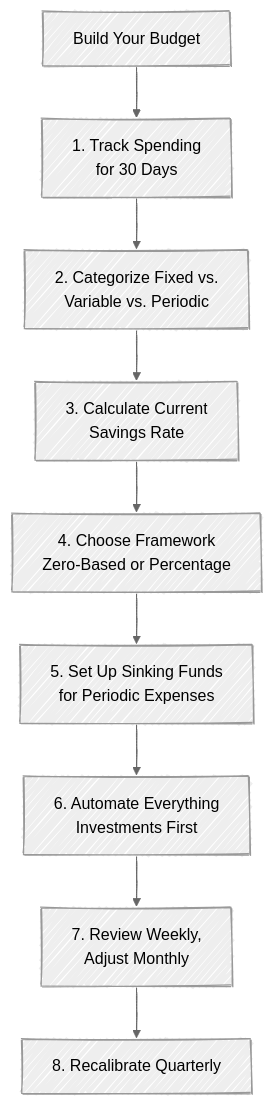
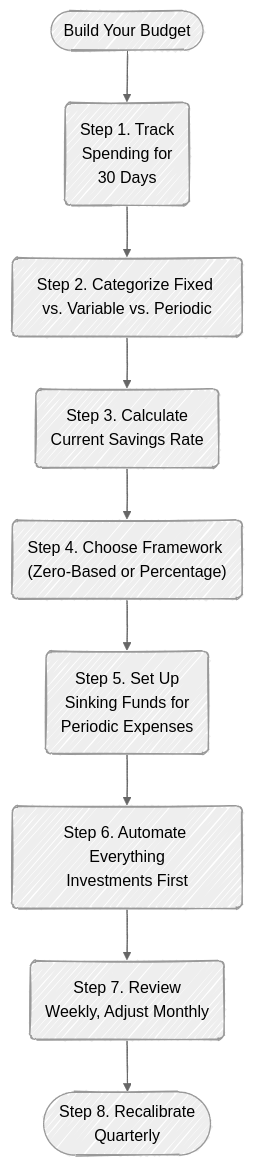
The sixth of 6 diagrams in budgeting.qmd (mjfrigaard/fm-finance), drawn with Mermaid before and after one commit. The commit also changed other lines of this file and 8 other files, not shown here.

````diff
--- a/budgeting.qmd
+++ b/budgeting.qmd
@@ -459,15 +634,15 @@
 ```{mermaid}
 %%| fig-cap: 'Put It All Together'
 %%| fig-align: center
 %%{init: {'theme': 'neutral', 'look': 'handDrawn', 'themeVariables': { 'fontFamily': 'monospace', "fontSize":"16px"}}}%%
 
 flowchart TD
-    Start[Build Your Budget] --> Step1[1. Track Spending<br/>for 30 Days]
-    Step1 --> Step2[2. Categorize Fixed vs.<br/>Variable vs. Periodic]
-    Step2 --> Step3[3. Calculate Current<br/>Savings Rate]
-    Step3 --> Step4[4. Choose Framework<br/>Zero-Based or Percentage]
-    Step4 --> Step5[5. Set Up Sinking Funds<br/>for Periodic Expenses]
-    Step5 --> Step6[6. Automate Everything<br/>Investments First]
-    Step6 --> Step7[7. Review Weekly,<br/>Adjust Monthly]
-    Step7 --> Step8[8. Recalibrate Quarterly]
+    Start(["Build Your Budget"]) --> Step1("Step 1. Track<br>Spending for<br>30 Days")
+    Step1 --> Step2("Step 2. Categorize Fixed vs. Variable vs. Periodic")
+    Step2 --> Step3("Step 3. Calculate<br>Current Savings Rate")
+    Step3 --> Step4("Step 4. Choose Framework (Zero-Based or Percentage)")
+    Step4 --> Step5("Step 5. Set Up<br>Sinking Funds for<br>Periodic Expenses")
+    Step5 --> Step6("Step 6. Automate Everything<br>Investments First")
+    Step6 --> Step7("Step 7. Review<br>Weekly, Adjust Monthly")
+    Step7 --> Step8(["Step 8. Recalibrate<br>Quarterly"])
 ```
````
